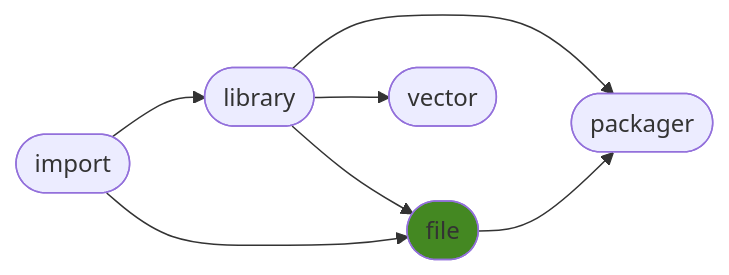
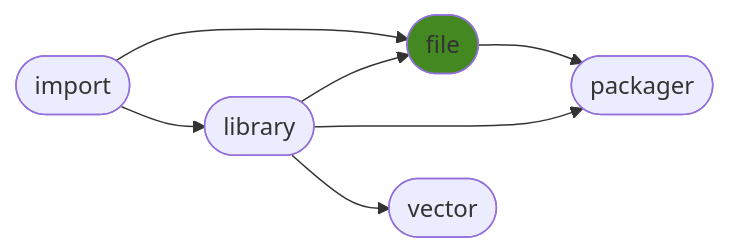
Before and after one commit to ManderaGeneral/generalfile: the diagram in README.md, drawn with Mermaid. The commit also changed other lines of this file, not shown here.

````diff
--- a/README.md
+++ b/README.md
@@ -24,15 +24,15 @@
 ```mermaid
 flowchart LR
+0([import]) --> 2([file])
+1([library]) --> 2([file])
+1([library]) --> 4([packager])
+0([import]) --> 1([library])
+2([file]) --> 4([packager])
 1([library]) --> 3([vector])
-0([import]) --> 1([library])
-1([library]) --> 2([file])
-0([import]) --> 2([file])
-1([library]) --> 4([packager])
-2([file]) --> 4([packager])
 click 0 "https://github.com/ManderaGeneral/generalimport"
 click 1 "https://github.com/ManderaGeneral/generallibrary"
 click 2 "https://github.com/ManderaGeneral/generalfile"
 click 3 "https://github.com/ManderaGeneral/generalvector"
 click 4 "https://github.com/ManderaGeneral/generalpackager"
 style 2 fill:#482
 ```
````
